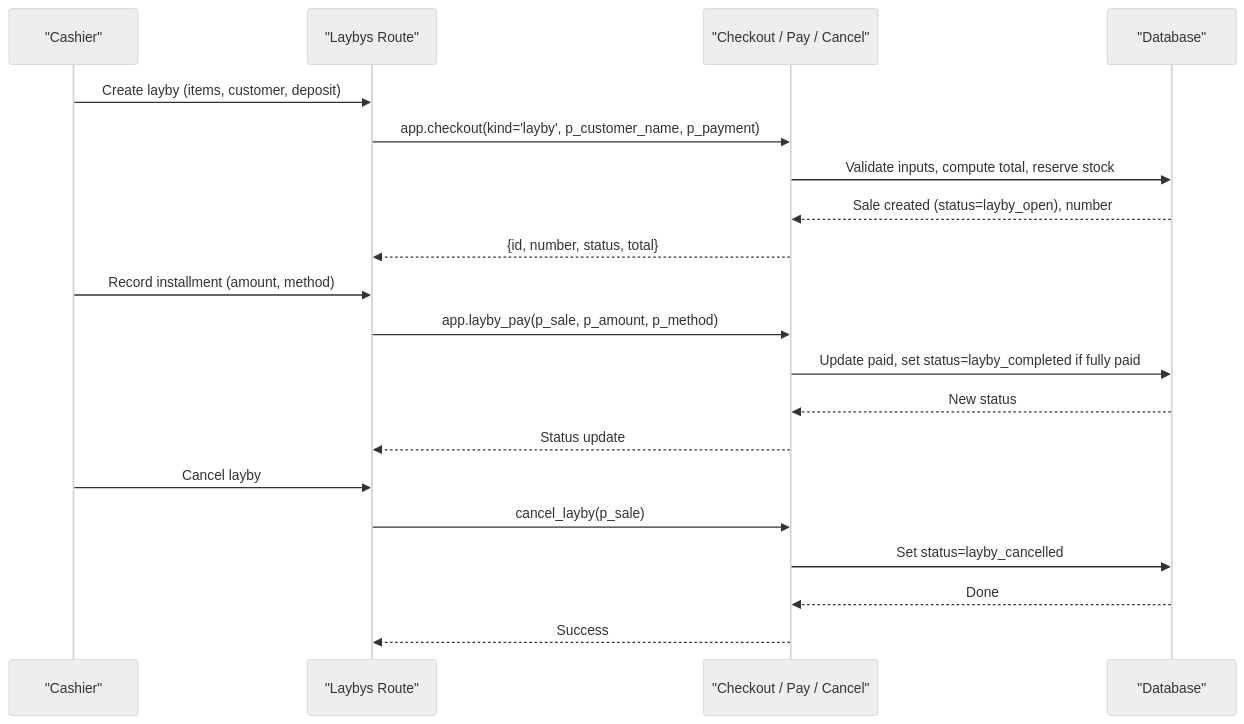
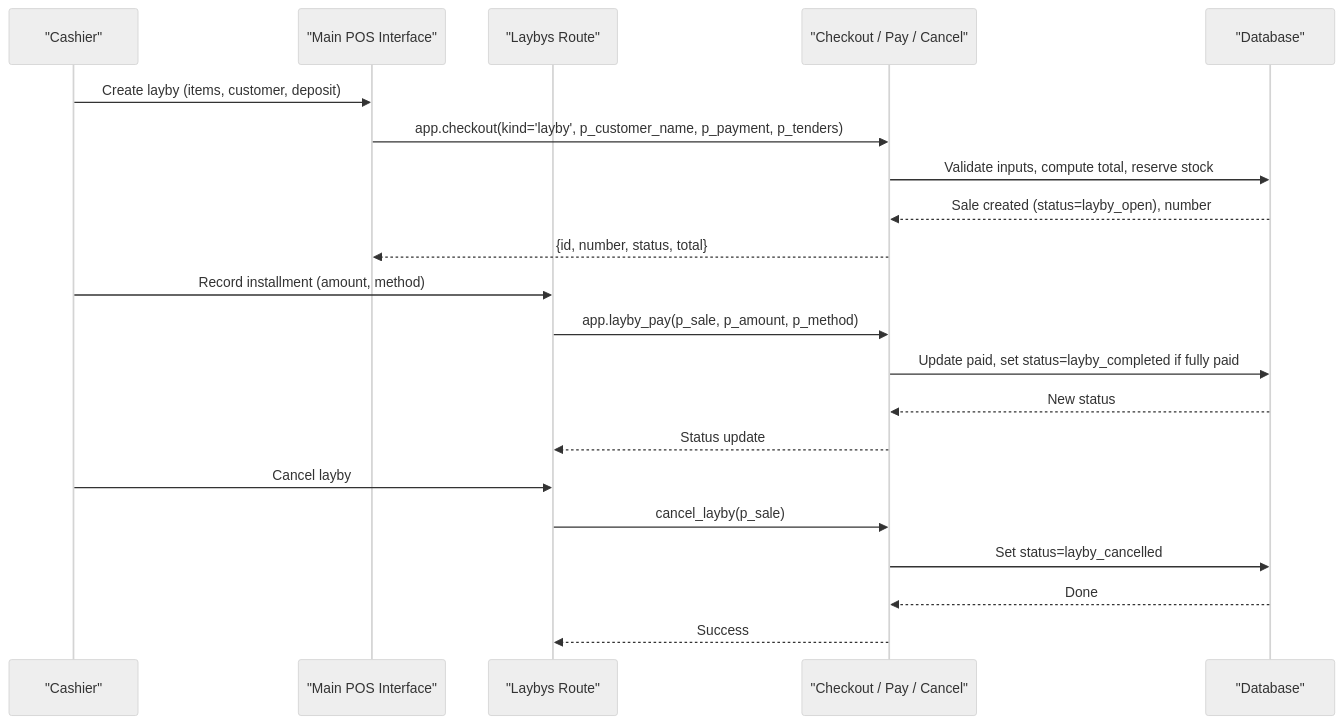
Before and after one commit to themclloyd/storq: the second of 6 diagrams in .qoder/repowiki/en/content/Point of Sale System/Transaction Workflows/Layby Order Management.md, drawn with Mermaid (neutral theme). The commit also changed other lines of this file and 27 other files, not shown here.

````diff
--- a/.qoder/repowiki/en/content/Point of Sale System/Transaction Workflows/Layby Order Management.md
+++ b/.qoder/repowiki/en/content/Point of Sale System/Transaction Workflows/Layby Order Management.md
@@ -93,22 +109,23 @@
 ```mermaid
 sequenceDiagram
 participant User as "Cashier"
+participant POS as "Main POS Interface"
 participant UI as "Laybys Route"
 participant API as "Checkout / Pay / Cancel"
 participant DB as "Database"
-User->>UI : Create layby (items, customer, deposit)
-UI->>API : app.checkout(kind='layby', p_customer_name, p_payment)
+User->>POS : Create layby (items, customer, deposit)
+POS->>API : app.checkout(kind='layby', p_customer_name, p_payment, p_tenders)
 API->>DB : Validate inputs, compute total, reserve stock
 DB-->>API : Sale created (status=layby_open), number
-API-->>UI : {id, number, status, total}
+API-->>POS : {id, number, status, total}
 User->>UI : Record installment (amount, method)
 UI->>API : app.layby_pay(p_sale, p_amount, p_method)
 API->>DB : Update paid, set status=layby_completed if fully paid
 DB-->>API : New status
 API-->>UI : Status update
 User->>UI : Cancel layby
 UI->>API : cancel_layby(p_sale)
 API->>DB : Set status=layby_cancelled
 DB-->>API : Done
 API-->>UI : Success
 ```
````
